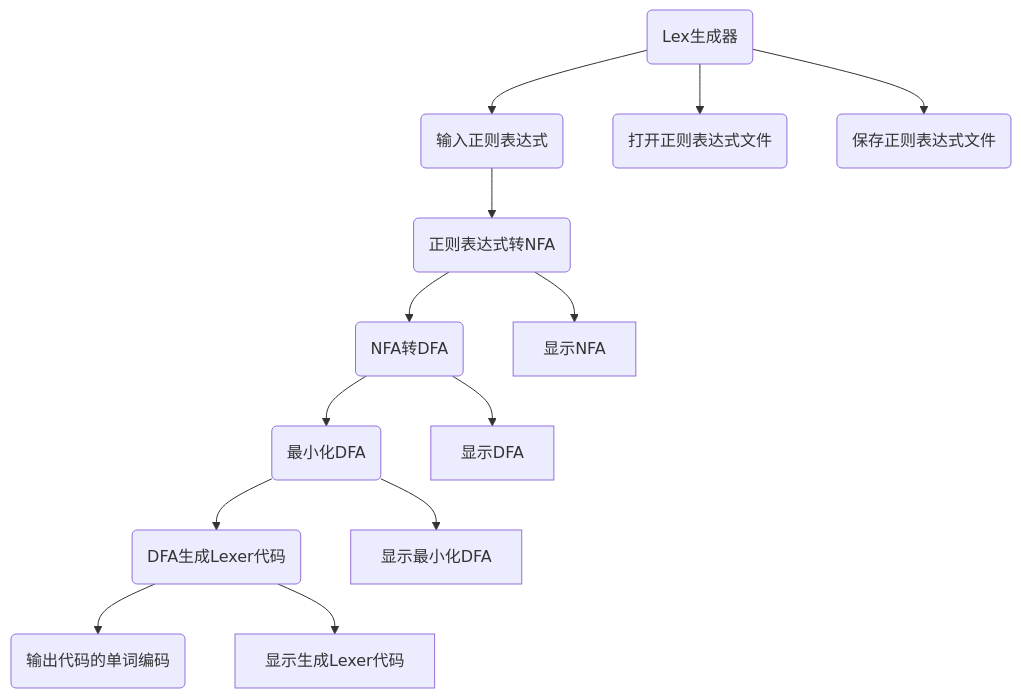
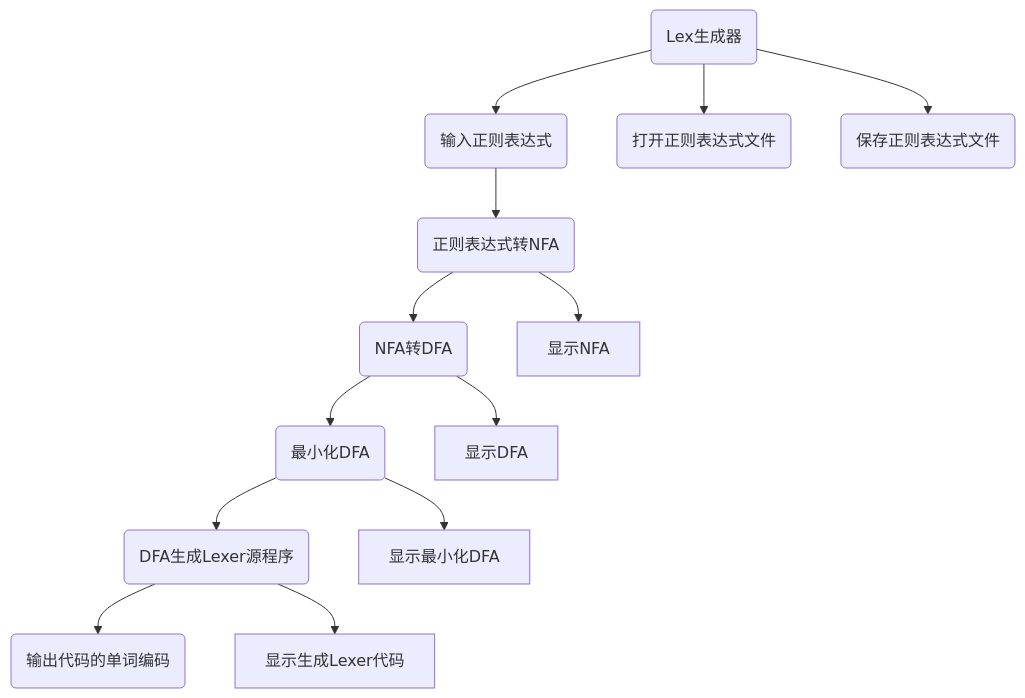
One commit to Lyuyk/Compile-Principle-Course-Labs changed the first of 3 diagrams in R2Lexer/readme.md. Above: the diagram before and after it, drawn with Mermaid.

````diff
--- a/R2Lexer/readme.md
+++ b/R2Lexer/readme.md
@@ -17,16 +17,16 @@
 ```mermaid
 flowchart TB
 r2a(Lex生成器)-->e(输入正则表达式)
 r2a-->op(打开正则表达式文件)
 r2a-->s(保存正则表达式文件)
 
 e-->tr(正则表达式转NFA)
 tr-->trr(NFA转DFA)
 trr-->trrr(最小化DFA)
-trrr-->trrrr(DFA生成Lexer代码)
+trrr-->trrrr(DFA生成Lexer源程序)
 tr-->显示NFA
 trr-->显示DFA
 trrr-->显示最小化DFA
 trrrr-->trrrrr(输出代码的单词编码)
 trrrr-->显示生成Lexer代码
 ```
````
